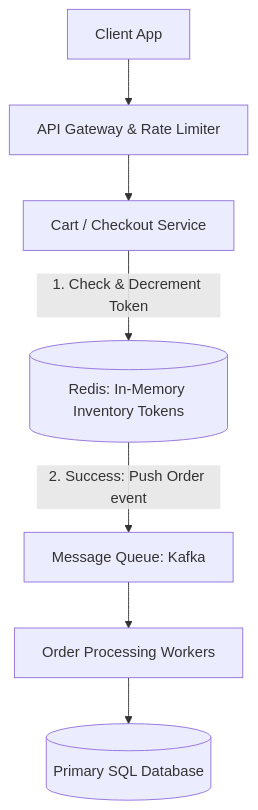
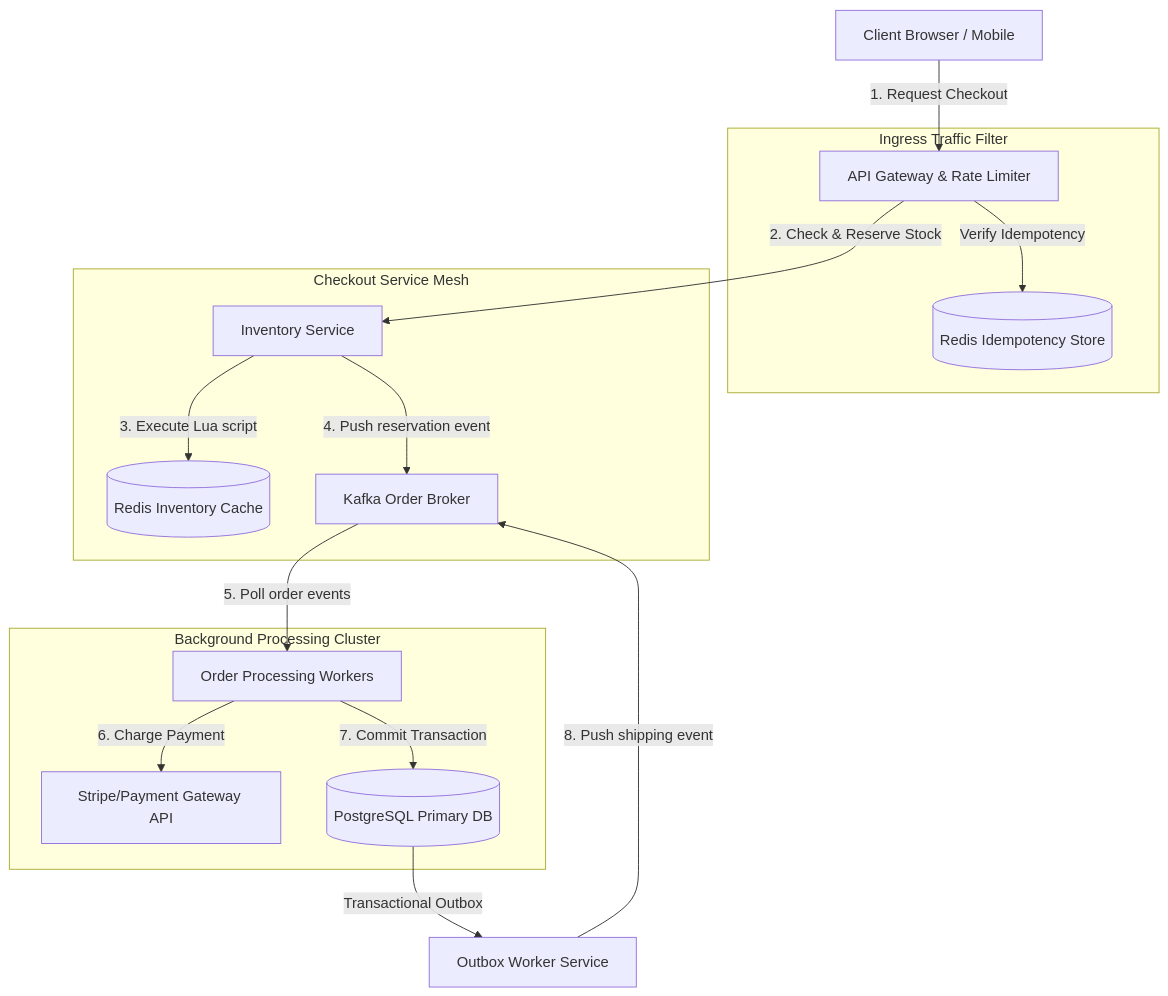
One commit to gp330841/interview changed the diagram in high-level-design/concepts/28-design-amazon-ecommerce.md. Above: the diagram before and after it, drawn with Mermaid. The commit also changed other lines of this file and 66 other files, not shown here.

````diff
--- a/high-level-design/concepts/28-design-amazon-ecommerce.md
+++ b/high-level-design/concepts/28-design-amazon-ecommerce.md
@@ -15,9 +45,32 @@
 ```mermaid
 flowchart TD
-    Client[Client App] --> Gateway[API Gateway & Rate Limiter]
-    Gateway --> CartService[Cart / Checkout Service]
-    CartService -->|1. Check & Decrement Token| RedisGeo[(Redis: In-Memory Inventory Tokens)]
-    RedisGeo -->|2. Success: Push Order event| MQ[Message Queue: Kafka]
-    MQ --> OrderWorker[Order Processing Workers]
-    OrderWorker --> DB[(Primary SQL Database)]
+    Client[Client Browser / Mobile] -->|1. Request Checkout| Gateway[API Gateway & Rate Limiter]
+    
+    subgraph EdgeFilter [Ingress Traffic Filter]
+        Gateway -->|Verify Idempotency| RedisIdem[(Redis Idempotency Store)]
+    end
+    
+    subgraph OrderIngest [Checkout Service Mesh]
+        Gateway -->|2. Check & Reserve Stock| InventorySvc[Inventory Service]
+        
+        %% Redis reservation logic
+        InventorySvc -->|3. Execute Lua script| RedisInv[(Redis Inventory Cache)]
+        
+        %% Post-reservation routing
+        InventorySvc -->|4. Push reservation event| Kafka[Kafka Order Broker]
+    end
+    
+    subgraph OrderProcessor [Background Processing Cluster]
+        Kafka -->|5. Poll order events| OrderWorker[Order Processing Workers]
+        
+        %% External Payment API
+        OrderWorker -->|6. Charge Payment| PayGateway[Stripe/Payment Gateway API]
+        
+        %% Database commits
+        OrderWorker -->|7. Commit Transaction| SQLDB[(PostgreSQL Primary DB)]
+    end
+
+    %% Outbox pattern delivery
+    SQLDB -->|Transactional Outbox| OutboxSvc[Outbox Worker Service]
+    OutboxSvc -->|8. Push shipping event| Kafka
 ```
````
